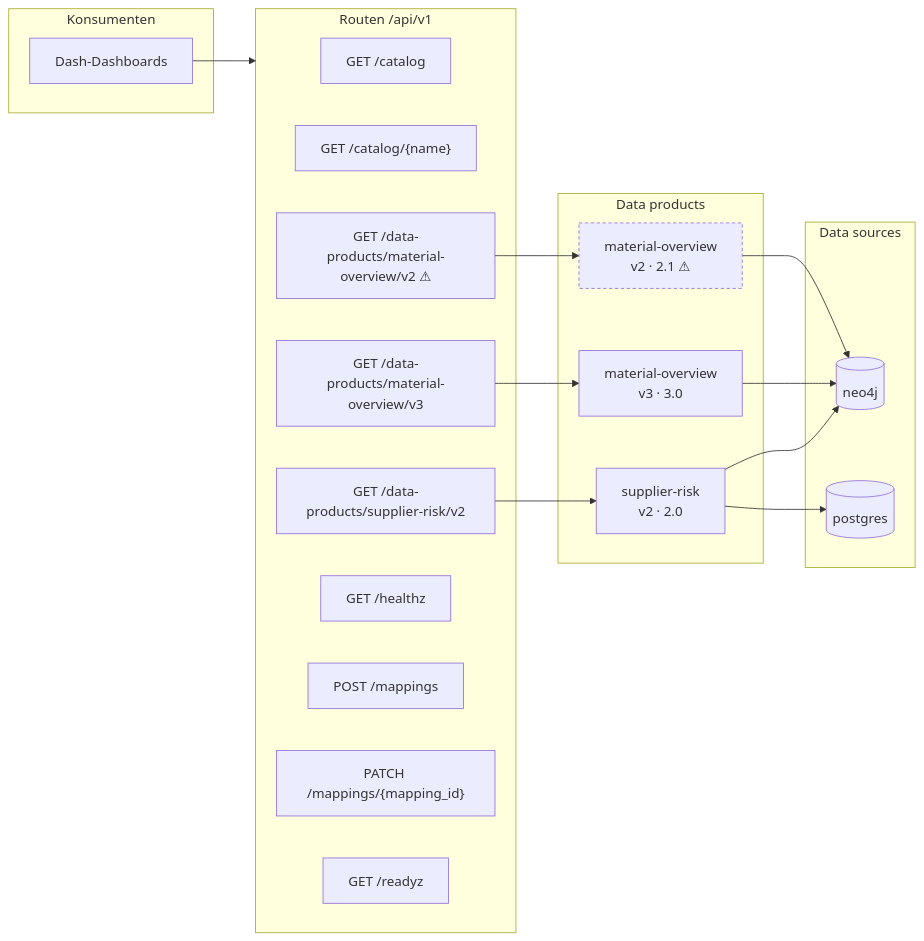
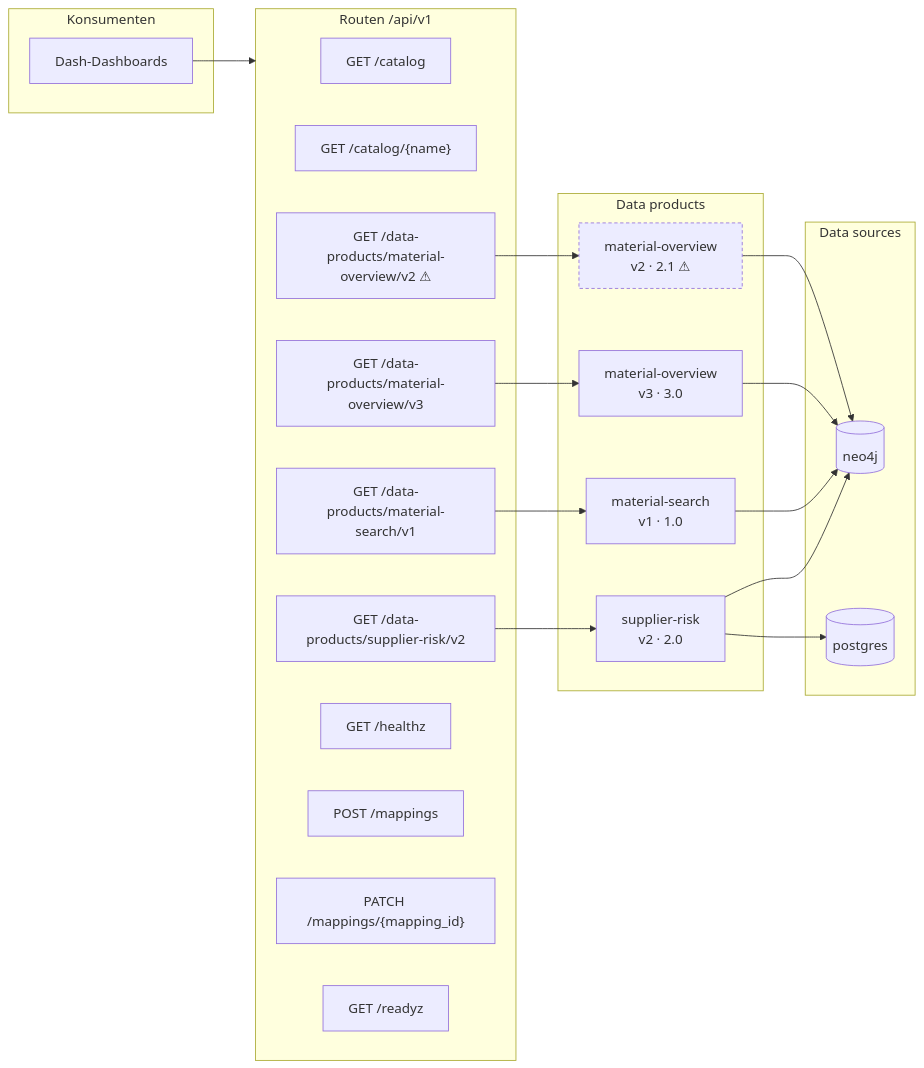
Before and after one commit to PlongoDongo/material_management_dashboard: the first of 3 diagrams in docs/architecture.md, drawn with Mermaid. The commit also changed other lines of this file and 39 other files, not shown here.

````diff
--- a/docs/architecture.md
+++ b/docs/architecture.md
@@ -15,41 +15,45 @@
 ```mermaid
 flowchart LR
   subgraph clients["Konsumenten"]
     dash["Dash-Dashboards"]
   end
 
   subgraph routes["Routen /api/v1"]
     r__api_v1_catalog["GET /catalog"]
     r__api_v1_catalog__name_["GET /catalog/{name}"]
     r__api_v1_data_products_material_overview_v2["GET /data-products/material-overview/v2 ⚠"]
     r__api_v1_data_products_material_overview_v3["GET /data-products/material-overview/v3"]
+    r__api_v1_data_products_material_search_v1["GET /data-products/material-search/v1"]
     r__api_v1_data_products_supplier_risk_v2["GET /data-products/supplier-risk/v2"]
     r__api_v1_healthz["GET /healthz"]
     r__api_v1_mappings["POST /mappings"]
     r__api_v1_mappings__mapping_id_["PATCH /mappings/{mapping_id}"]
     r__api_v1_readyz["GET /readyz"]
   end
 
   subgraph products["Data products"]
     p_material_overview_2["material-overview<br/>v2 · 2.1 ⚠"]
     p_material_overview_3["material-overview<br/>v3 · 3.0"]
+    p_material_search_1["material-search<br/>v1 · 1.0"]
     p_supplier_risk_2["supplier-risk<br/>v2 · 2.0"]
   end
 
   subgraph sources["Data sources"]
     src_neo4j[("neo4j")]
     src_postgres[("postgres")]
   end
 
   dash --> routes
   r__api_v1_data_products_material_overview_v2 --> p_material_overview_2
   r__api_v1_data_products_material_overview_v3 --> p_material_overview_3
+  r__api_v1_data_products_material_search_v1 --> p_material_search_1
   r__api_v1_data_products_supplier_risk_v2 --> p_supplier_risk_2
   p_material_overview_2 --> src_neo4j
   p_material_overview_3 --> src_neo4j
+  p_material_search_1 --> src_neo4j
   p_supplier_risk_2 --> src_neo4j
   p_supplier_risk_2 --> src_postgres
 
   classDef deprecated stroke-dasharray: 4 3;
   class p_material_overview_2 deprecated;
 ```
````
